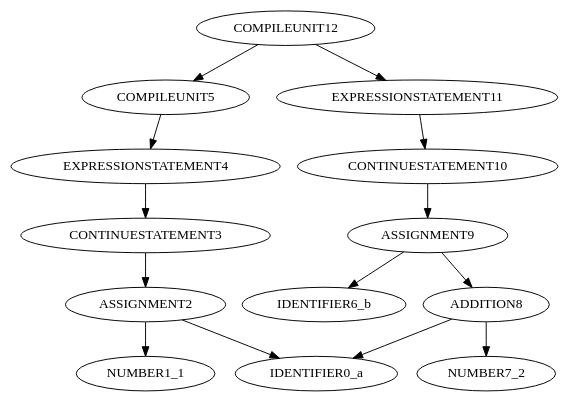
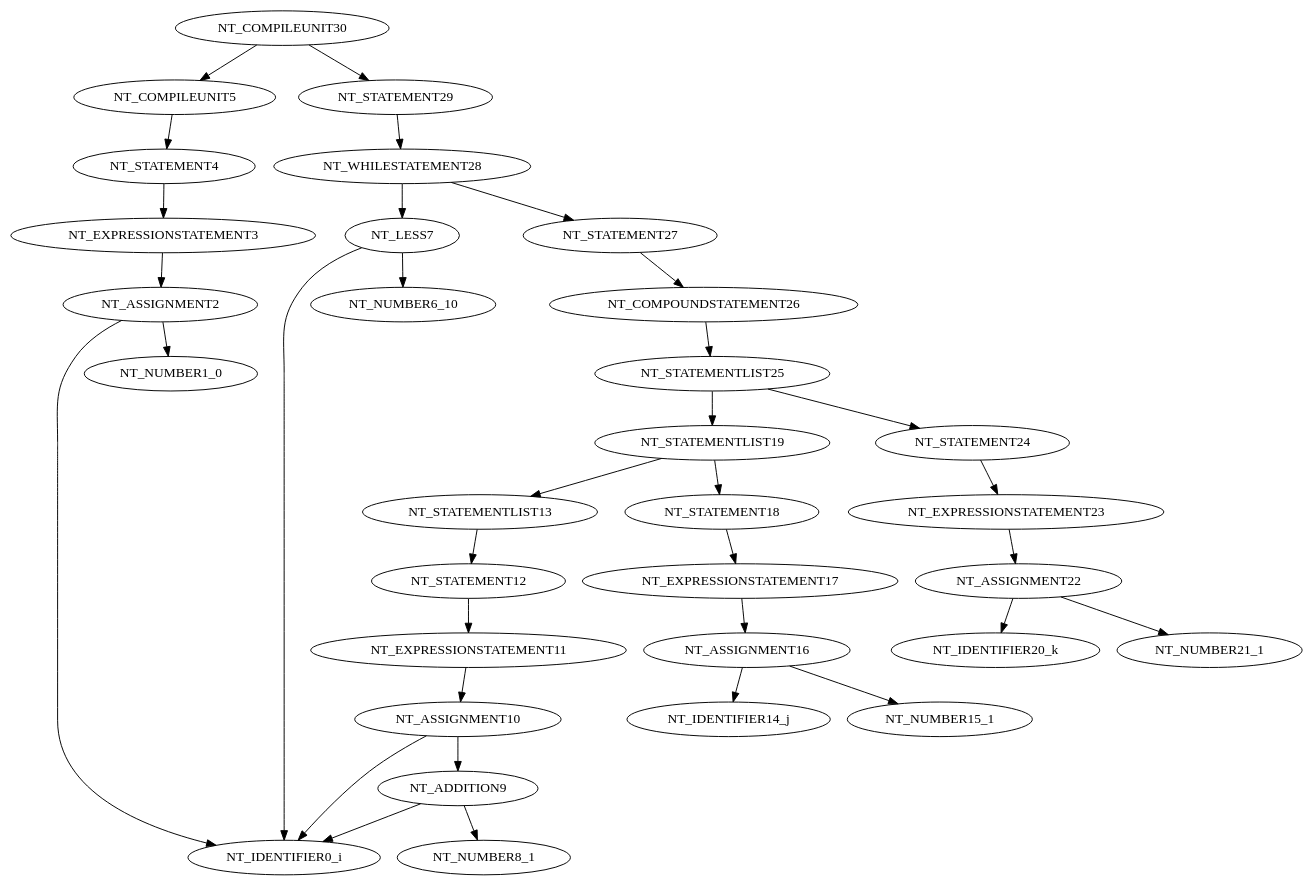
One commit to dhmhgreCompilers1/BisonTutorial2022 changed the diagram in BisonIntro/SyntaxTree.dot. Above: the diagram before and after it, drawn with Graphviz. The commit also changed 6 other files, not shown here.

```diff
--- a/BisonIntro/SyntaxTree.dot
+++ b/BisonIntro/SyntaxTree.dot
@@ -1,15 +1,35 @@
 digraph G {
-	"COMPILEUNIT12"->"COMPILEUNIT5";
-	"COMPILEUNIT5"->"EXPRESSIONSTATEMENT4";
-	"EXPRESSIONSTATEMENT4"->"CONTINUESTATEMENT3";
-	"CONTINUESTATEMENT3"->"ASSIGNMENT2";
-	"ASSIGNMENT2"->"IDENTIFIER0_a";
-	"ASSIGNMENT2"->"NUMBER1_1";
-	"COMPILEUNIT12"->"EXPRESSIONSTATEMENT11";
-	"EXPRESSIONSTATEMENT11"->"CONTINUESTATEMENT10";
-	"CONTINUESTATEMENT10"->"ASSIGNMENT9";
-	"ASSIGNMENT9"->"IDENTIFIER6_b";
-	"ASSIGNMENT9"->"ADDITION8";
-	"ADDITION8"->"IDENTIFIER0_a";
-	"ADDITION8"->"NUMBER7_2";
+	"NT_COMPILEUNIT30"->"NT_COMPILEUNIT5";
+	"NT_COMPILEUNIT5"->"NT_STATEMENT4";
+	"NT_STATEMENT4"->"NT_EXPRESSIONSTATEMENT3";
+	"NT_EXPRESSIONSTATEMENT3"->"NT_ASSIGNMENT2";
+	"NT_ASSIGNMENT2"->"NT_IDENTIFIER0_i";
+	"NT_ASSIGNMENT2"->"NT_NUMBER1_0";
+	"NT_COMPILEUNIT30"->"NT_STATEMENT29";
+	"NT_STATEMENT29"->"NT_WHILESTATEMENT28";
+	"NT_WHILESTATEMENT28"->"NT_LESS7";
+	"NT_LESS7"->"NT_IDENTIFIER0_i";
+	"NT_LESS7"->"NT_NUMBER6_10";
+	"NT_WHILESTATEMENT28"->"NT_STATEMENT27";
+	"NT_STATEMENT27"->"NT_COMPOUNDSTATEMENT26";
+	"NT_COMPOUNDSTATEMENT26"->"NT_STATEMENTLIST25";
+	"NT_STATEMENTLIST25"->"NT_STATEMENTLIST19";
+	"NT_STATEMENTLIST19"->"NT_STATEMENTLIST13";
+	"NT_STATEMENTLIST13"->"NT_STATEMENT12";
+	"NT_STATEMENT12"->"NT_EXPRESSIONSTATEMENT11";
+	"NT_EXPRESSIONSTATEMENT11"->"NT_ASSIGNMENT10";
+	"NT_ASSIGNMENT10"->"NT_IDENTIFIER0_i";
+	"NT_ASSIGNMENT10"->"NT_ADDITION9";
+	"NT_ADDITION9"->"NT_IDENTIFIER0_i";
+	"NT_ADDITION9"->"NT_NUMBER8_1";
+	"NT_STATEMENTLIST19"->"NT_STATEMENT18";
+	"NT_STATEMENT18"->"NT_EXPRESSIONSTATEMENT17";
+	"NT_EXPRESSIONSTATEMENT17"->"NT_ASSIGNMENT16";
+	"NT_ASSIGNMENT16"->"NT_IDENTIFIER14_j";
+	"NT_ASSIGNMENT16"->"NT_NUMBER15_1";
+	"NT_STATEMENTLIST25"->"NT_STATEMENT24";
+	"NT_STATEMENT24"->"NT_EXPRESSIONSTATEMENT23";
+	"NT_EXPRESSIONSTATEMENT23"->"NT_ASSIGNMENT22";
+	"NT_ASSIGNMENT22"->"NT_IDENTIFIER20_k";
+	"NT_ASSIGNMENT22"->"NT_NUMBER21_1";
 }
```
